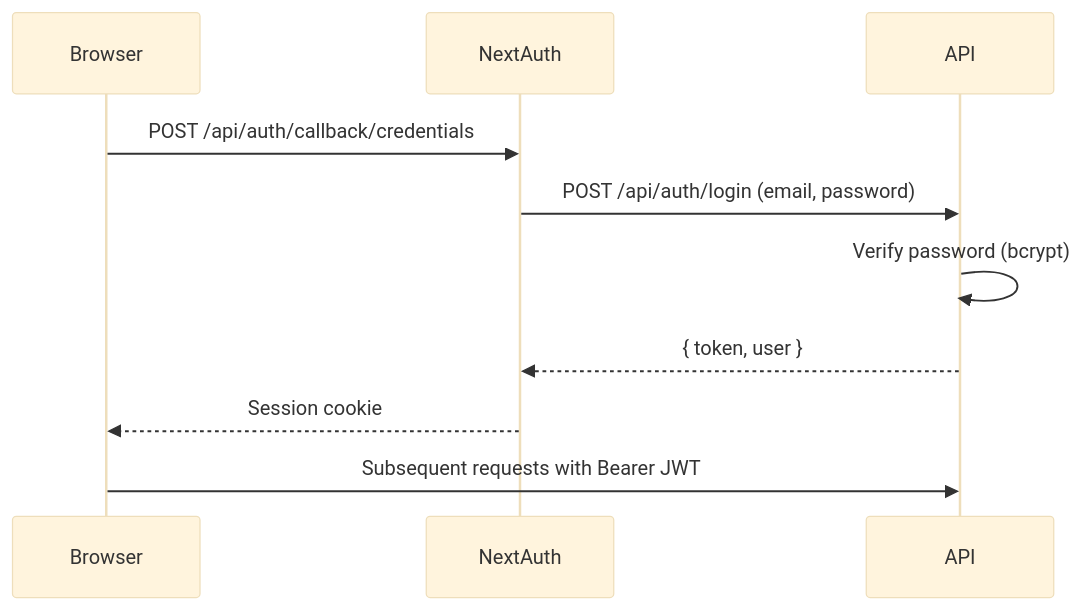
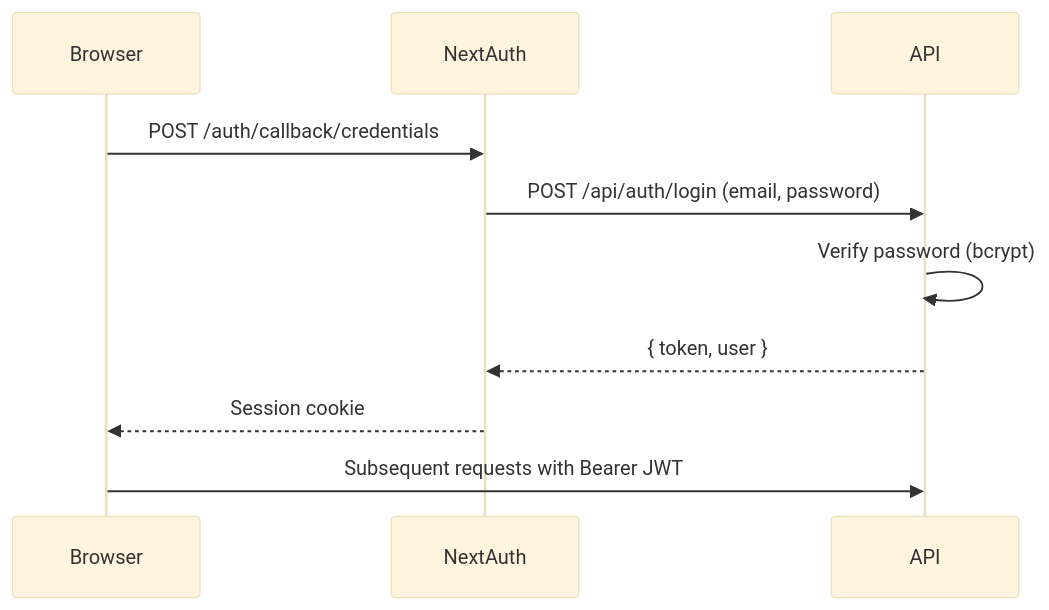
Before and after one commit to ny-randriantsarafara/hoop: the second of 3 diagrams in docs/architecture/overview.md, drawn with Mermaid (base theme). The commit also changed other lines of this file and 2 other files, not shown here.

Commit message:
docs: update hoop auth namespace references

````diff
--- a/docs/architecture/overview.md
+++ b/docs/architecture/overview.md
@@ -104,13 +104,13 @@
 ```mermaid
 sequenceDiagram
     participant Browser
     participant NextAuth
     participant API
 
-    Browser->>NextAuth: POST /api/auth/callback/credentials
+    Browser->>NextAuth: POST /auth/callback/credentials
     NextAuth->>API: POST /api/auth/login (email, password)
     API->>API: Verify password (bcrypt)
     API-->>NextAuth: { token, user }
     NextAuth-->>Browser: Session cookie
     Browser->>API: Subsequent requests with Bearer JWT
 ```
````
